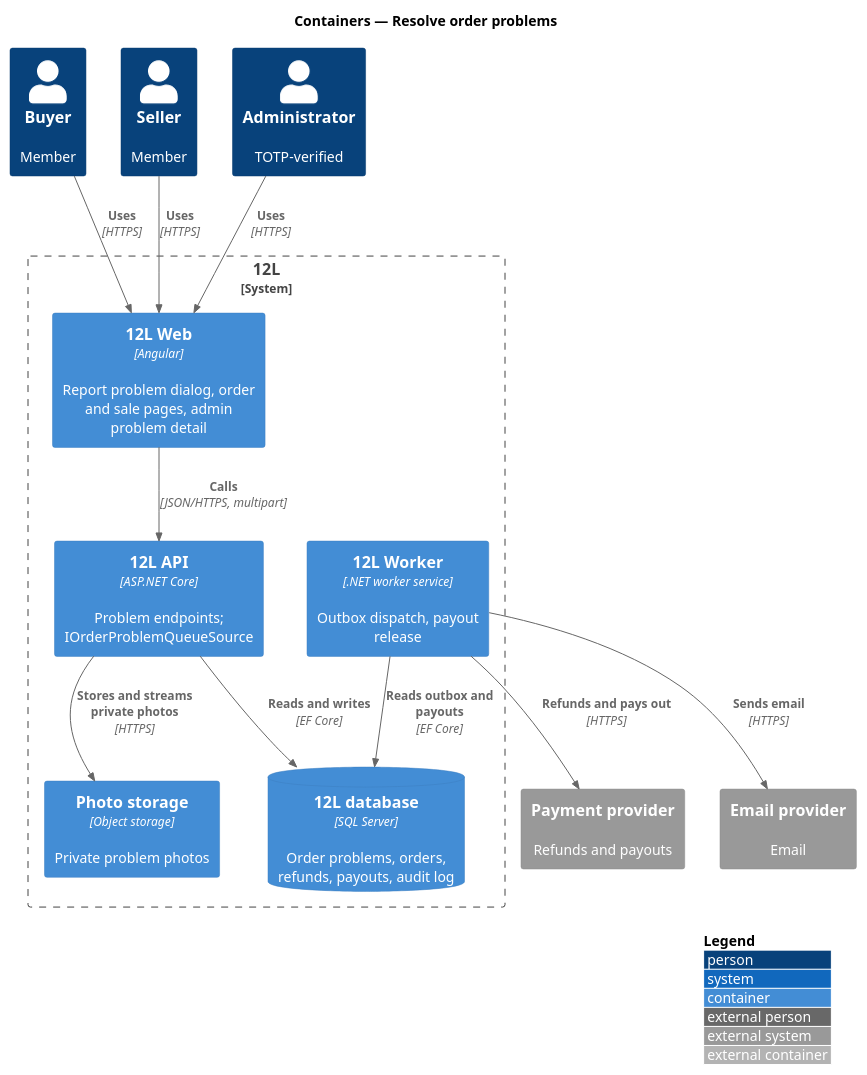
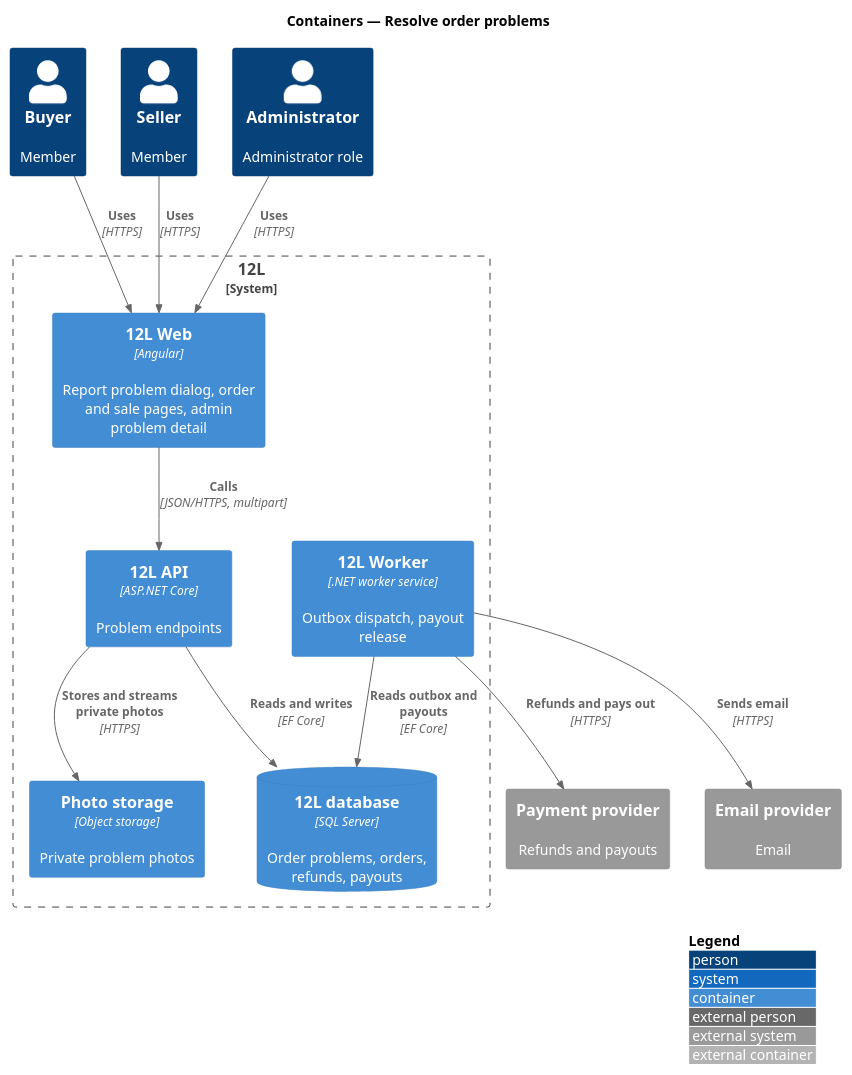
Before and after one commit to QuinntyneBrown/12l: the diagram in docs/detailed-designs/orders/resolve-order-problems/diagrams/c4-container.puml, drawn with PlantUML. The commit also changed 379 other files, not shown here.

```diff
--- a/docs/detailed-designs/orders/resolve-order-problems/diagrams/c4-container.puml
+++ b/docs/detailed-designs/orders/resolve-order-problems/diagrams/c4-container.puml
@@ -1,27 +1,27 @@
 @startuml
 !include <C4/C4_Container>
 LAYOUT_WITH_LEGEND()
 title Containers — Resolve order problems
 
 Person(buyer, "Buyer", "Member")
 Person(seller, "Seller", "Member")
-Person(admin, "Administrator", "TOTP-verified")
+Person(admin, "Administrator", "Administrator role")
 System_Boundary(twelvel, "12L") {
   Container(web, "12L Web", "Angular", "Report problem dialog, order and sale pages, admin problem detail")
-  Container(api, "12L API", "ASP.NET Core", "Problem endpoints; IOrderProblemQueueSource")
+  Container(api, "12L API", "ASP.NET Core", "Problem endpoints")
   Container(worker, "12L Worker", ".NET worker service", "Outbox dispatch, payout release")
-  ContainerDb(db, "12L database", "SQL Server", "Order problems, orders, refunds, payouts, audit log")
+  ContainerDb(db, "12L database", "SQL Server", "Order problems, orders, refunds, payouts")
   Container(photos, "Photo storage", "Object storage", "Private problem photos")
 }
 System_Ext(pay, "Payment provider", "Refunds and payouts")
 System_Ext(email, "Email provider", "Email")
 Rel(buyer, web, "Uses", "HTTPS")
 Rel(seller, web, "Uses", "HTTPS")
 Rel(admin, web, "Uses", "HTTPS")
 Rel(web, api, "Calls", "JSON/HTTPS, multipart")
 Rel(api, db, "Reads and writes", "EF Core")
 Rel(api, photos, "Stores and streams private photos", "HTTPS")
 Rel(worker, db, "Reads outbox and payouts", "EF Core")
 Rel(worker, pay, "Refunds and pays out", "HTTPS")
 Rel(worker, email, "Sends email", "HTTPS")
 @enduml
```
